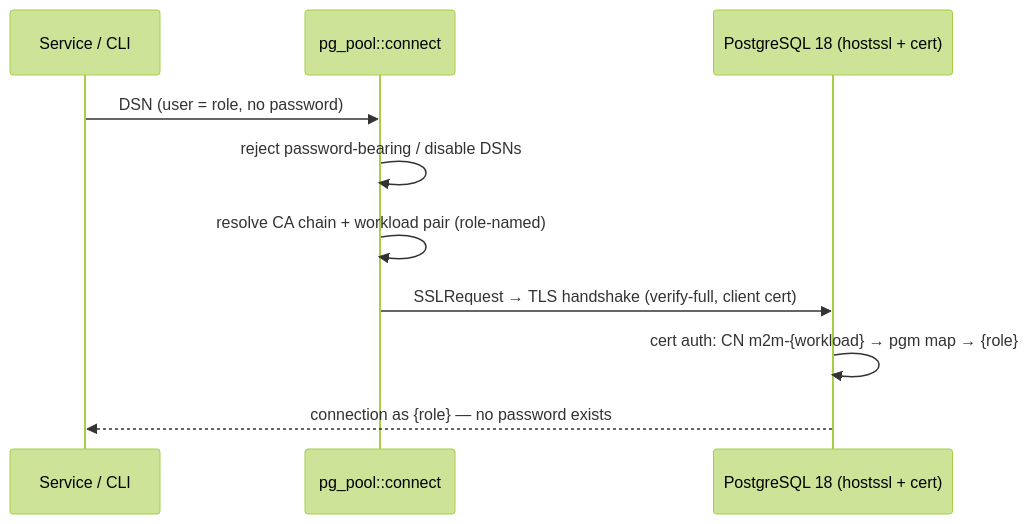
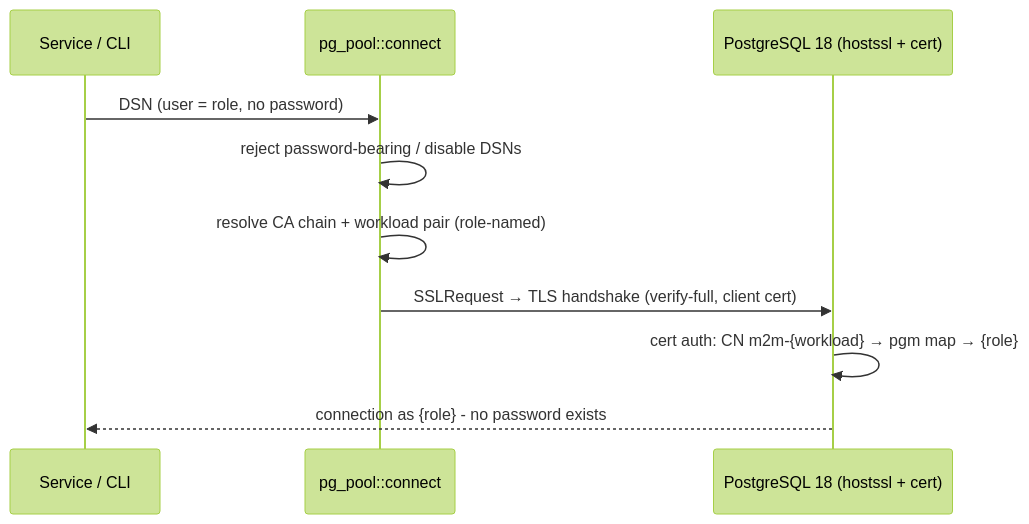
The fifth of 7 diagrams in docs/sdk/sdk/design.md (Sentin8/sentin8-site), drawn with Mermaid (forest theme) before and after one commit. The commit also changed other lines of this file and 105 other files, not shown here.

````diff
--- a/docs/sdk/sdk/design.md
+++ b/docs/sdk/sdk/design.md
@@ -264,12 +264,12 @@
 ```mermaid
 sequenceDiagram
     participant S as Service / CLI
     participant P as pg_pool::connect
     participant PG as PostgreSQL 18 (hostssl + cert)
     S->>P: DSN (user = role, no password)
     P->>P: reject password-bearing / disable DSNs
     P->>P: resolve CA chain + workload pair (role-named)
     P->>PG: SSLRequest → TLS handshake (verify-full, client cert)
     PG->>PG: cert auth: CN m2m-{workload} → pgm map → {role}
-    PG-->>S: connection as {role} — no password exists
+    PG-->>S: connection as {role} - no password exists
 ```
````
